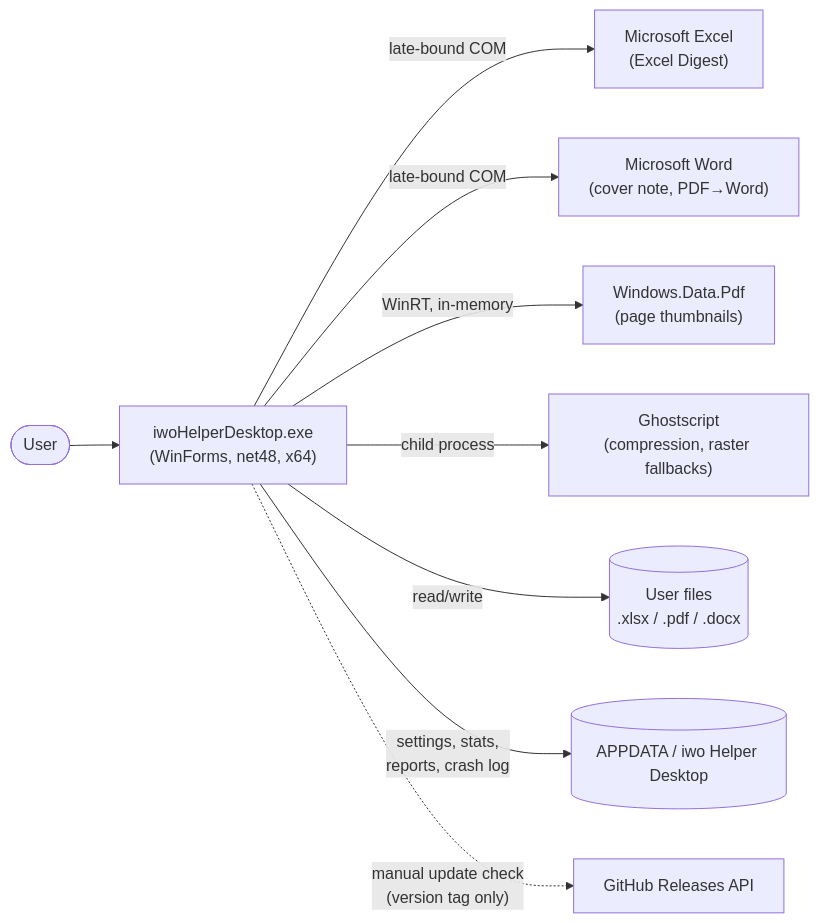
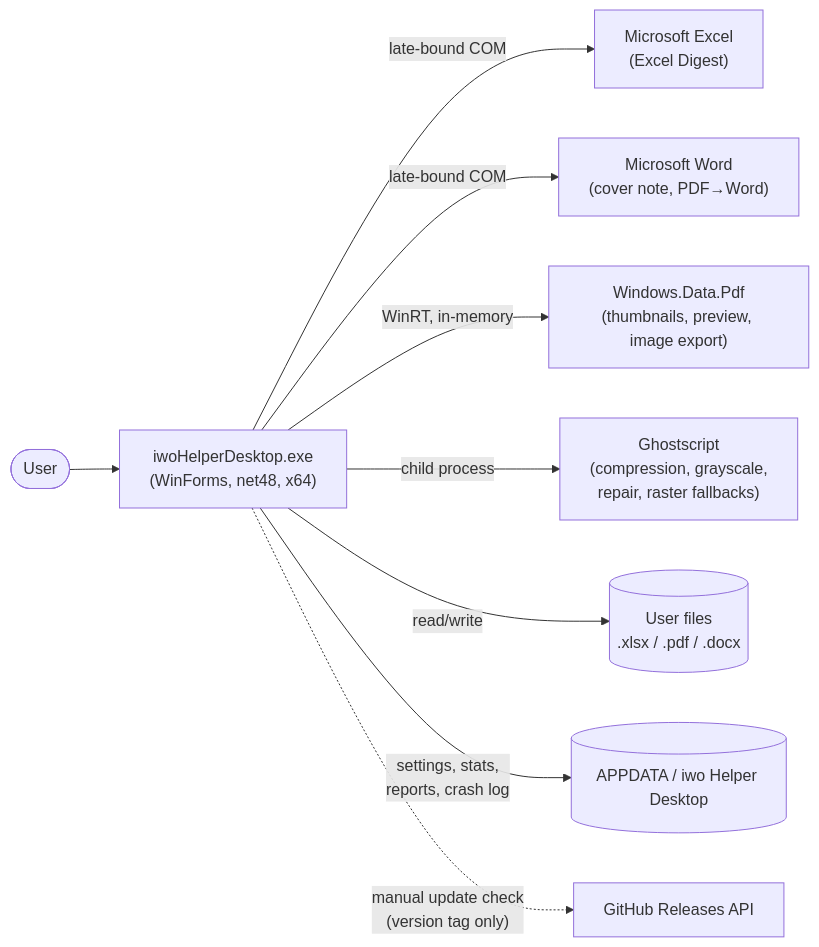
One commit to DedovMosol/iwoHelperDesktop changed the first of 3 diagrams in docs/ARCHITECTURE.md. Above: the diagram before and after it, drawn with Mermaid. The commit also changed other lines of this file and 12 other files, not shown here.

````diff
--- a/docs/ARCHITECTURE.md
+++ b/docs/ARCHITECTURE.md
@@ -65,11 +65,11 @@
 ```mermaid
 flowchart LR
     U(["User"]) --> APP["iwoHelperDesktop.exe<br>(WinForms, net48, x64)"]
     APP -->|"late-bound COM"| XL["Microsoft Excel<br>(Excel Digest)"]
     APP -->|"late-bound COM"| WD["Microsoft Word<br>(cover note, PDF→Word)"]
-    APP -->|"WinRT, in-memory"| RT["Windows.Data.Pdf<br>(page thumbnails)"]
-    APP -->|"child process"| GS["Ghostscript<br>(compression, raster fallbacks)"]
+    APP -->|"WinRT, in-memory"| RT["Windows.Data.Pdf<br>(thumbnails, preview, image export)"]
+    APP -->|"child process"| GS["Ghostscript<br>(compression, grayscale,<br>repair, raster fallbacks)"]
     APP -->|"read/write"| FS[("User files<br>.xlsx / .pdf / .docx")]
     APP -->|"settings, stats,<br>reports, crash log"| AD[("APPDATA / iwo Helper Desktop")]
     APP -.->|"manual update check<br>(version tag only)"| GH["GitHub Releases API"]
 ```
````
